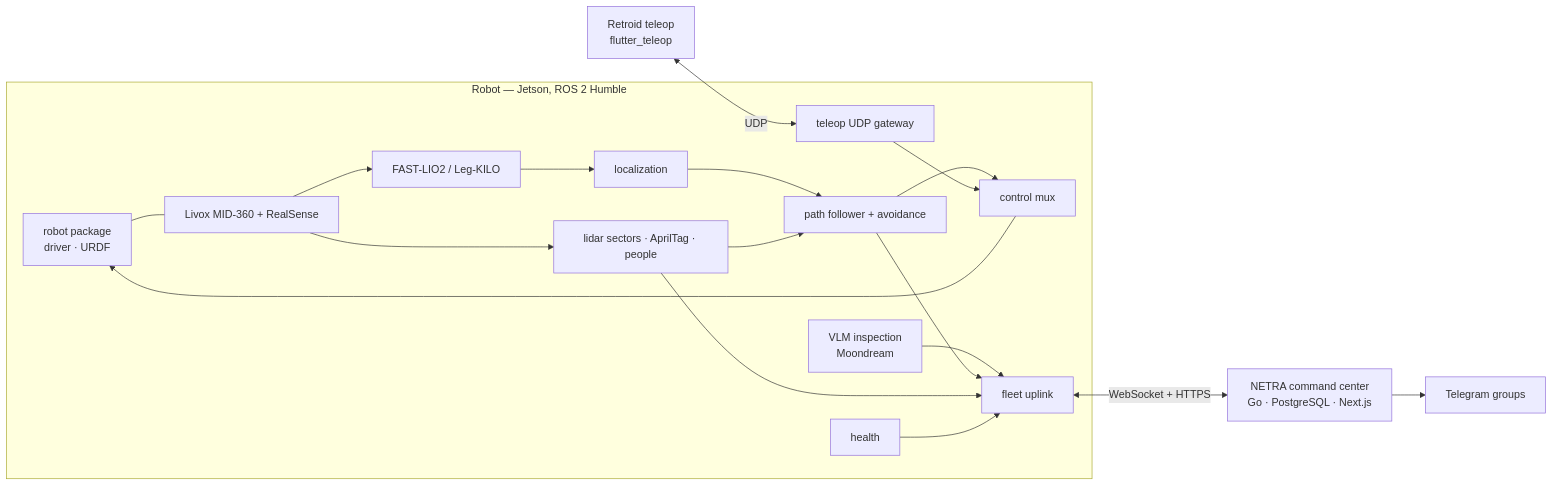
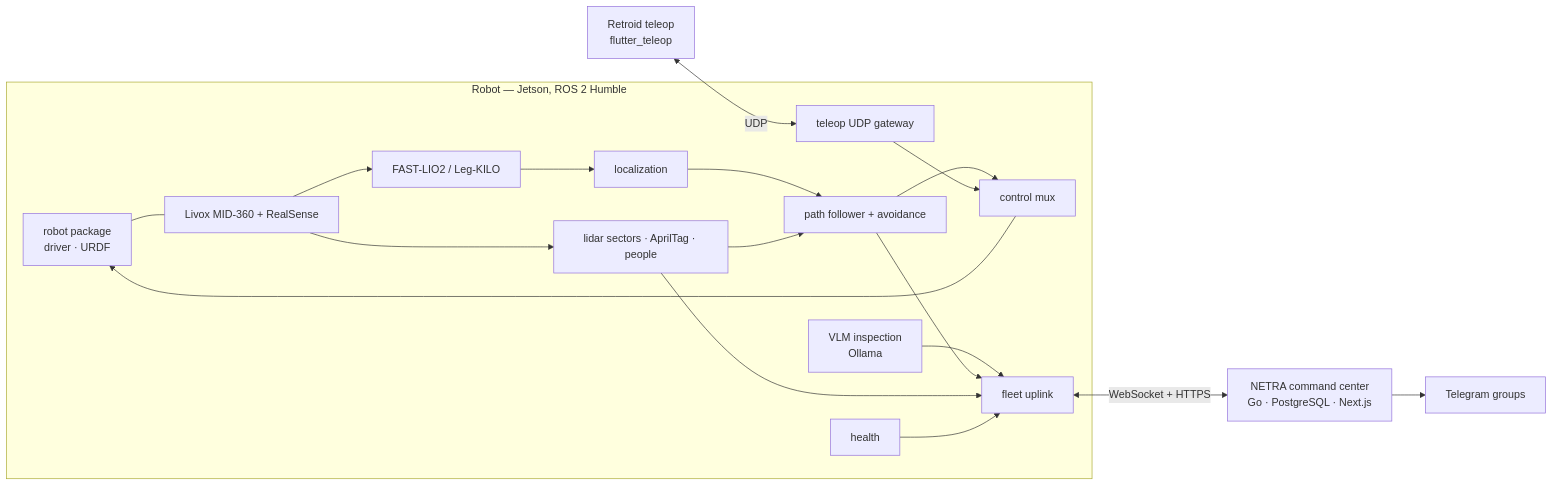
Before and after one commit to DarmawanRobotics/Pashupati: the diagram in README.md, drawn with Mermaid. The commit also changed other lines of this file and 2 other files, not shown here.

Commit message:
fix(inspection): pep257 docstrings, setup.sh pulls the node's default model

````diff
--- a/README.md
+++ b/README.md
@@ -41,19 +42,19 @@
 ```mermaid
 flowchart LR
     subgraph Robot[Robot — Jetson, ROS 2 Humble]
         DRV[robot package<br/>driver · URDF] --- SENS[Livox MID-360 + RealSense]
         SENS --> FL[FAST-LIO2 / Leg-KILO] --> LOC[localization]
         SENS --> PER[lidar sectors · AprilTag · people]
         LOC --> NAV[path follower + avoidance]
         PER --> NAV
         NAV --> MUX[control mux] --> DRV
-        INS[VLM inspection<br/>Moondream] --> UP[fleet uplink]
+        INS[VLM inspection<br/>Ollama] --> UP[fleet uplink]
         NAV --> UP
         PER --> UP
         HL[health] --> UP
         TEL[teleop UDP gateway] --> MUX
     end
     PAD[Retroid teleop<br/>flutter_teleop] <-- UDP --> TEL
     UP <-- WebSocket + HTTPS --> NETRA[NETRA command center<br/>Go · PostgreSQL · Next.js]
     NETRA --> TG[Telegram groups]
 ```
````
